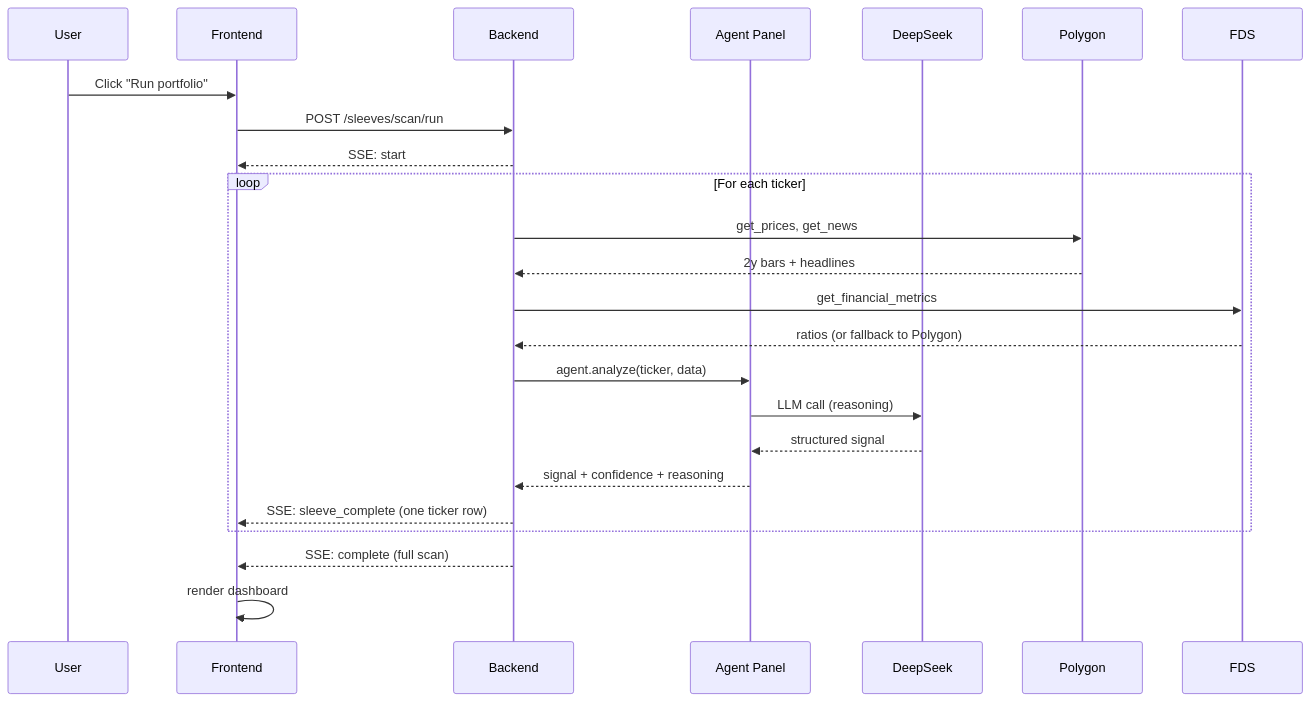
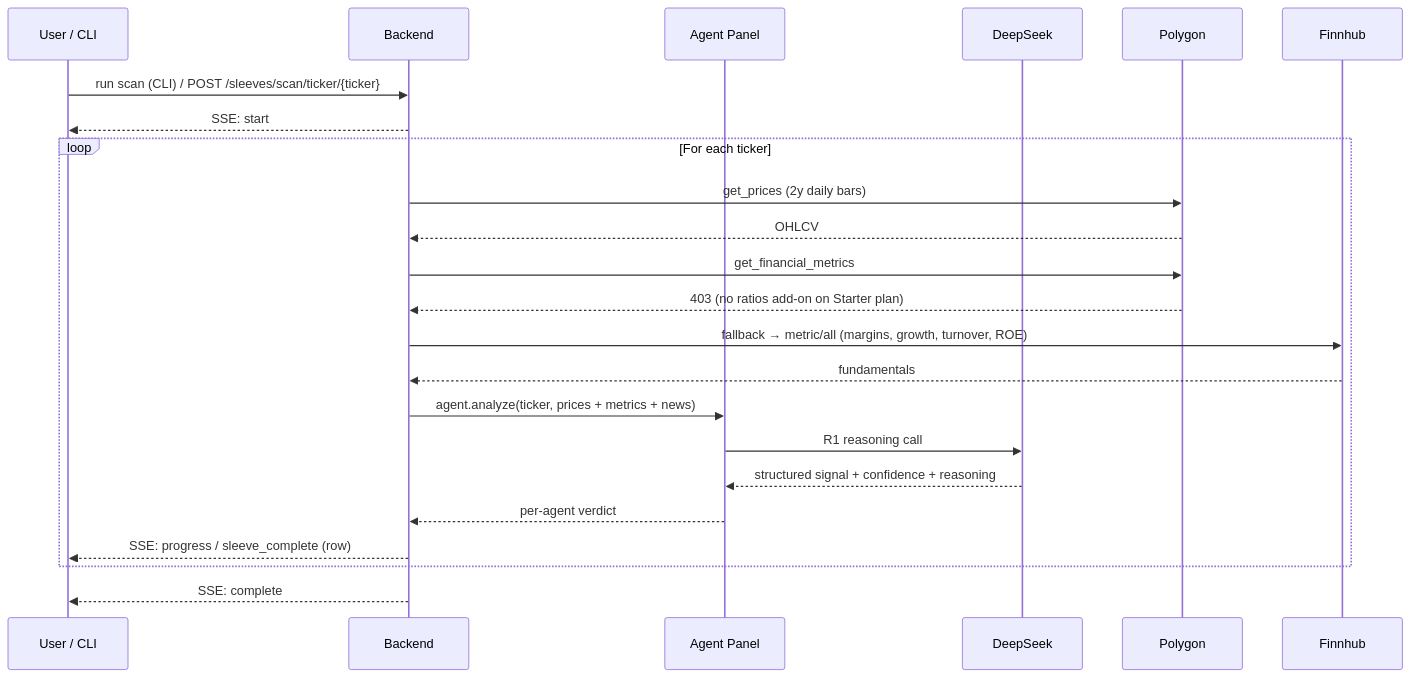
The second of 2 diagrams in README.md (ronitg1/alpha-terminal), drawn with Mermaid before and after one commit. The commit also changed other lines of this file, not shown here.

````diff
--- a/README.md
+++ b/README.md
@@ -277,27 +278,26 @@
 ```mermaid
 sequenceDiagram
-  participant U as User
-  participant UI as Frontend
+  participant U as User / CLI
   participant BE as Backend
   participant A as Agent Panel
   participant DS as DeepSeek
   participant PG as Polygon
-  participant FDS as FDS
+  participant FH as Finnhub
 
-  U->>UI: Click "Run portfolio"
-  UI->>BE: POST /sleeves/scan/run
-  BE-->>UI: SSE: start
+  U->>BE: run scan (CLI) / POST /sleeves/scan/ticker/{ticker}
+  BE-->>U: SSE: start
   loop For each ticker
-    BE->>PG: get_prices, get_news
-    PG-->>BE: 2y bars + headlines
-    BE->>FDS: get_financial_metrics
-    FDS-->>BE: ratios (or fallback to Polygon)
-    BE->>A: agent.analyze(ticker, data)
-    A->>DS: LLM call (reasoning)
-    DS-->>A: structured signal
-    A-->>BE: signal + confidence + reasoning
-    BE-->>UI: SSE: sleeve_complete (one ticker row)
+    BE->>PG: get_prices (2y daily bars)
+    PG-->>BE: OHLCV
+    BE->>PG: get_financial_metrics
+    PG-->>BE: 403 (no ratios add-on on Starter plan)
+    BE->>FH: fallback → metric/all (margins, growth, turnover, ROE)
+    FH-->>BE: fundamentals
+    BE->>A: agent.analyze(ticker, prices + metrics + news)
+    A->>DS: R1 reasoning call
+    DS-->>A: structured signal + confidence + reasoning
+    A-->>BE: per-agent verdict
+    BE-->>U: SSE: progress / sleeve_complete (row)
   end
-  BE-->>UI: SSE: complete (full scan)
-  UI->>UI: render dashboard
+  BE-->>U: SSE: complete
 ```
````
